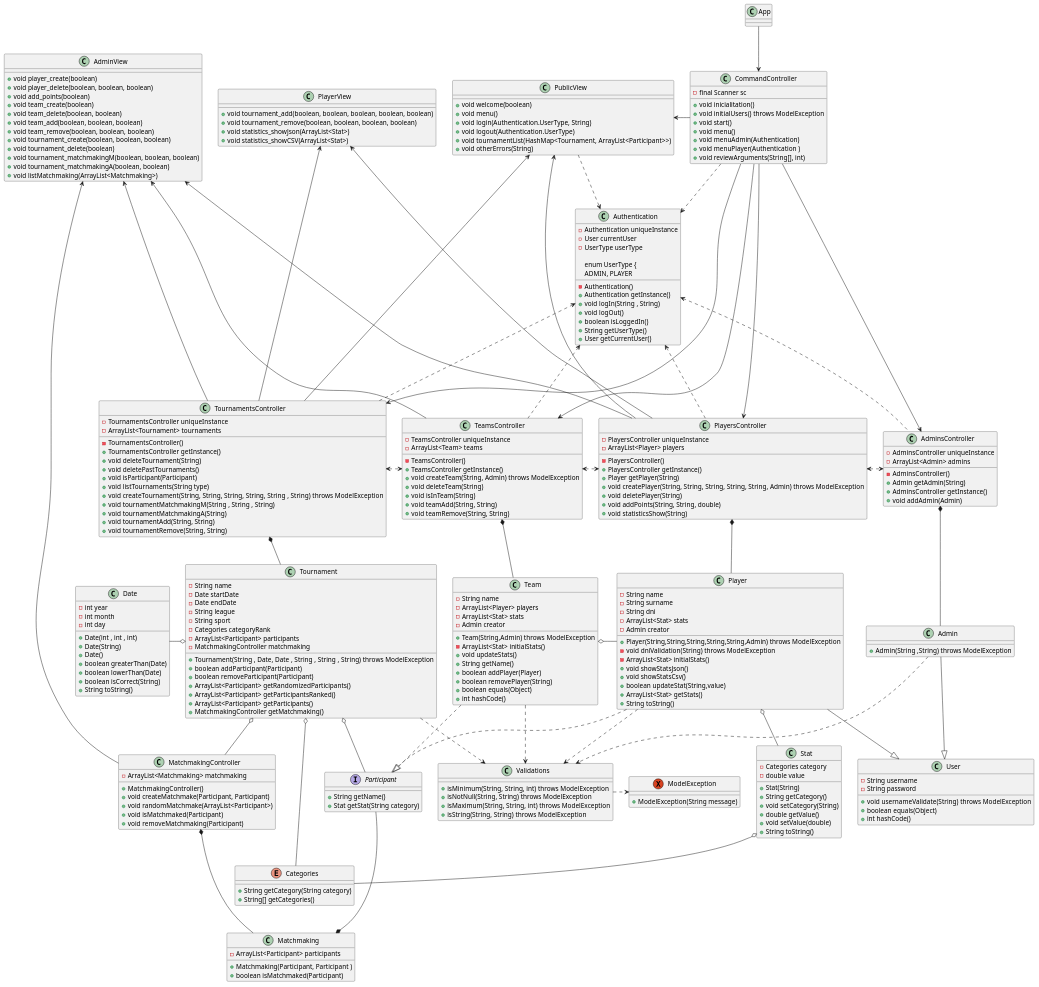
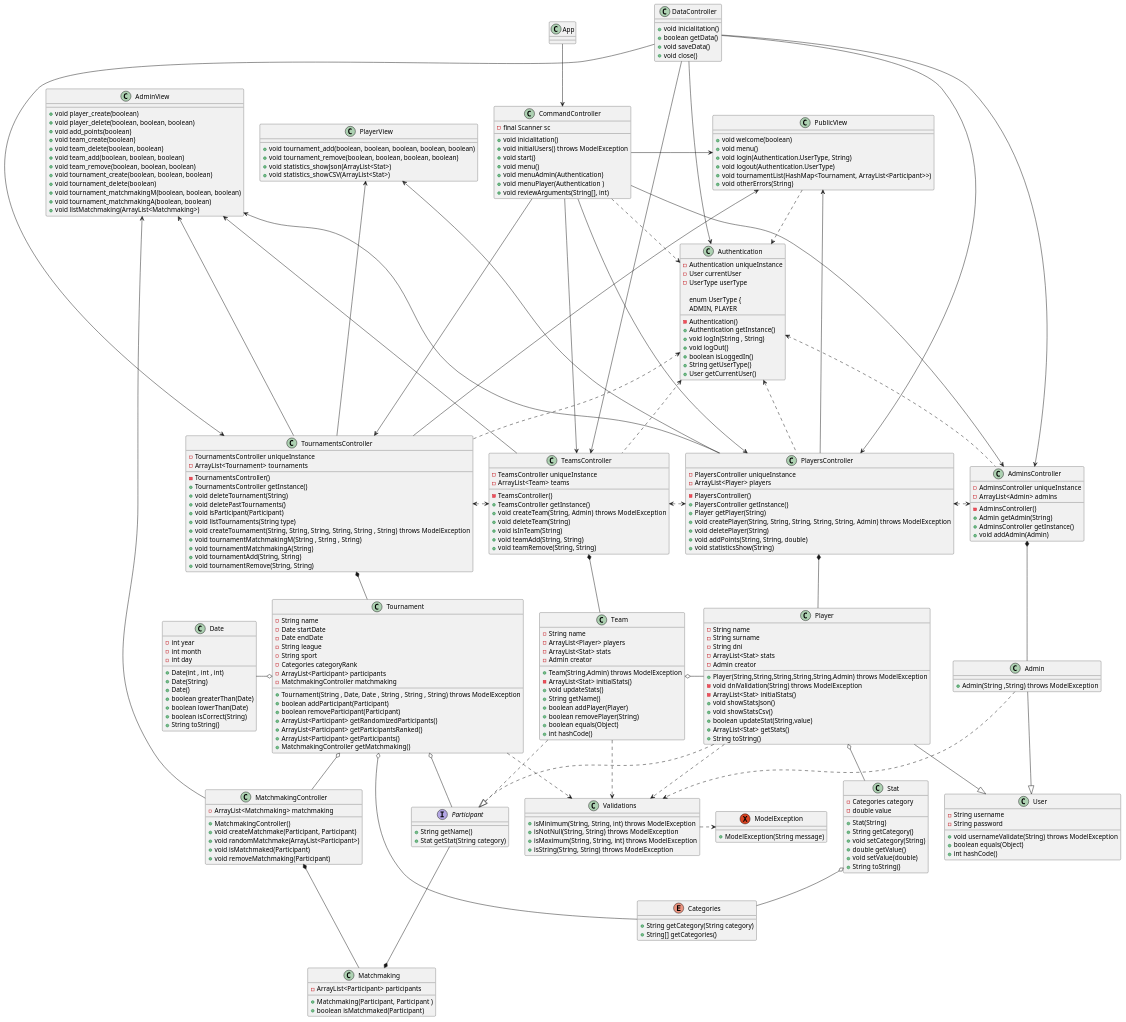
The diagram in documents/uml.puml (AlbertoArpa/POO2), drawn with PlantUML before and after one commit.

```diff
--- a/documents/uml.puml
+++ b/documents/uml.puml
@@ -184,6 +184,13 @@
     + void otherErrors(String)
 }
 
+class DataController{
+    +void inicialitation()
+    +boolean getData()
+    +void saveData()
+    +void close()
+}
+
 class AdminView {
     + void player_create(boolean)
     + void player_delete(boolean, boolean, boolean)
@@ -273,5 +280,10 @@
 Team ..> Validations
 Tournament ..> Validations
 Validations .> ModelException
+DataController ---> PlayersController
+DataController ---> AdminsController
+DataController ---> TeamsController
+DataController ---> TournamentsController
+DataController ---> Authentication
 
 @enduml
```
